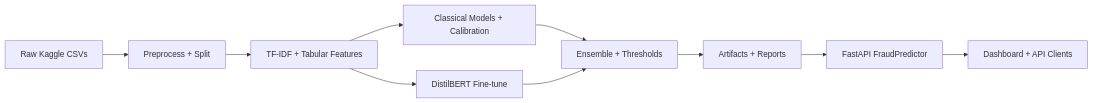
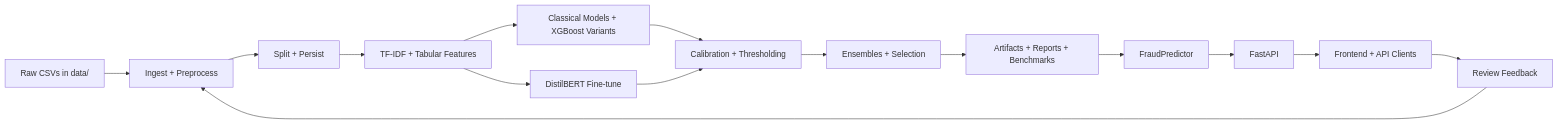
Before and after one commit to hoangsonww/Spot-the-Scam-AI-Job-Fraud: the first of 4 diagrams in README.md, drawn with Mermaid. The commit also changed other lines of this file and 13 other files, not shown here.

````diff
--- a/README.md
+++ b/README.md
@@ -110,12 +122,17 @@
 ```mermaid
 flowchart LR
-    A[Raw Kaggle CSVs] --> B[Preprocess + Split]
-    B --> C[TF-IDF + Tabular Features]
-    C --> D[Classical Models + Calibration]
-    C --> E[DistilBERT Fine-tune]
-    D --> F[Ensemble + Thresholds]
-    E --> F
-    F --> G[Artifacts + Reports]
-    G --> H[FastAPI FraudPredictor]
-    H --> I[Dashboard + API Clients]
+    A[Raw CSVs in data/] --> B[Ingest + Preprocess]
+    B --> C[Split + Persist]
+    C --> D[TF-IDF + Tabular Features]
+    D --> E[Classical Models + XGBoost Variants]
+    D --> F[DistilBERT Fine-tune]
+    E --> G[Calibration + Thresholding]
+    F --> G
+    G --> H[Ensembles + Selection]
+    H --> I[Artifacts + Reports + Benchmarks]
+    I --> J[FraudPredictor]
+    J --> K[FastAPI]
+    K --> L[Frontend + API Clients]
+    L --> M[Review Feedback]
+    M --> B
 ```
````
